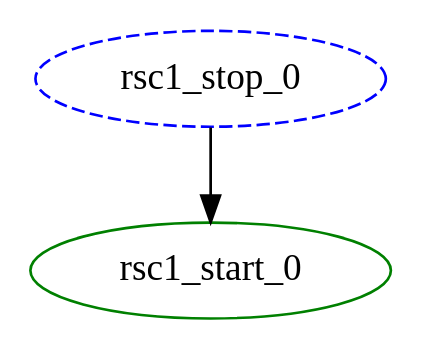
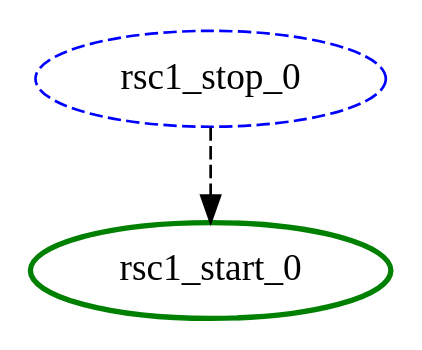
Before and after one commit to richiewen8/heartbeat: the diagram in crm/pengine/testcases/rec-rsc-3.dot, drawn with Graphviz. The commit also changed 101 other files, not shown here.

```diff
--- a/crm/pengine/testcases/rec-rsc-3.dot
+++ b/crm/pengine/testcases/rec-rsc-3.dot
@@ -1,6 +1,6 @@
 digraph "g" {
 	size = "30,30"
 "rsc1_stop_0" [ style="dashed" color="blue" fontcolor="black" ]
-"rsc1_start_0" [ tooltip="node1" color="green" fontcolor="black" ]
-"rsc1_stop_0" -> "rsc1_start_0"
+"rsc1_start_0" [ tooltip="node1" style=bold color="green" fontcolor="black" ]
+"rsc1_stop_0" -> "rsc1_start_0" [ style = dashed]
 }
```
